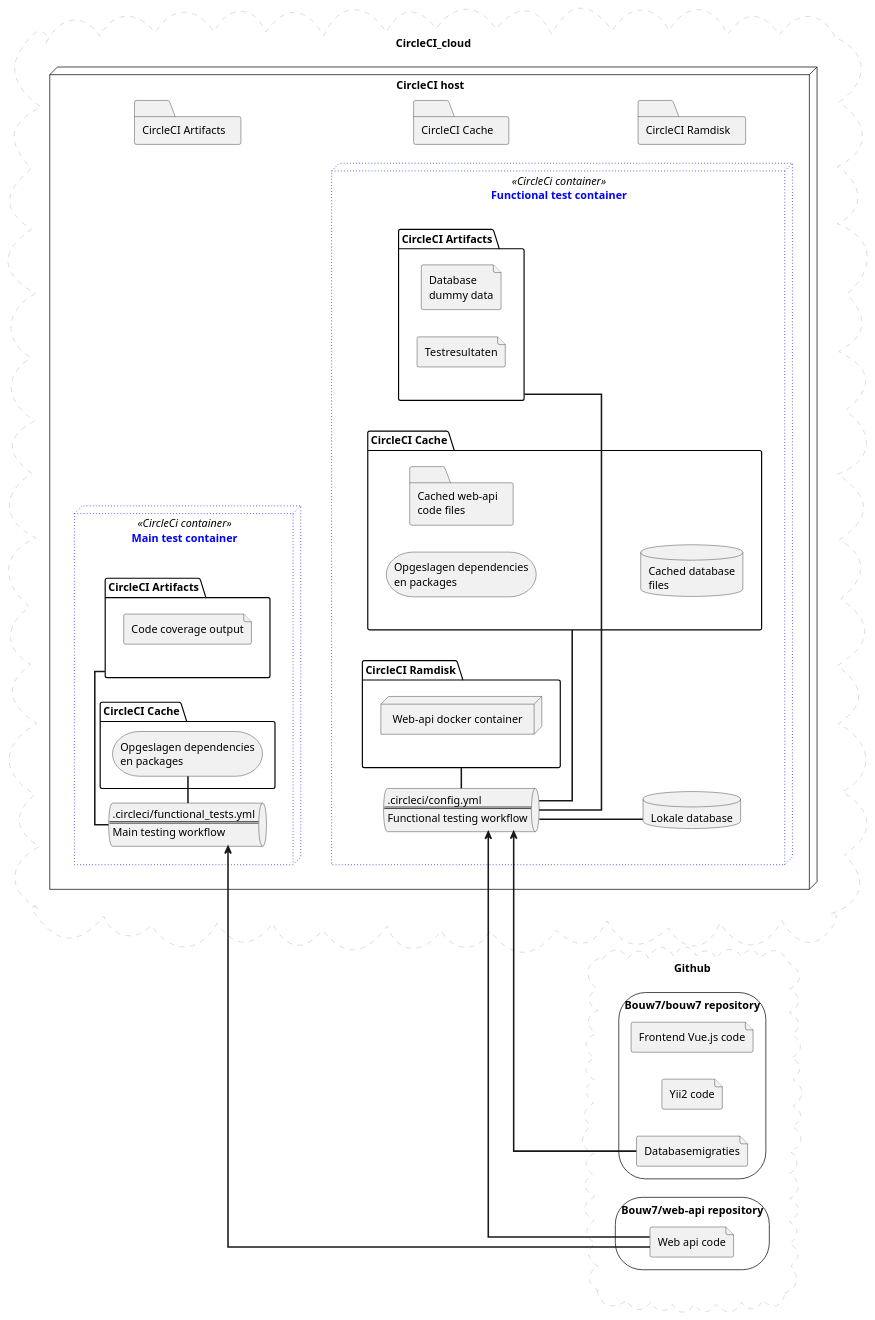
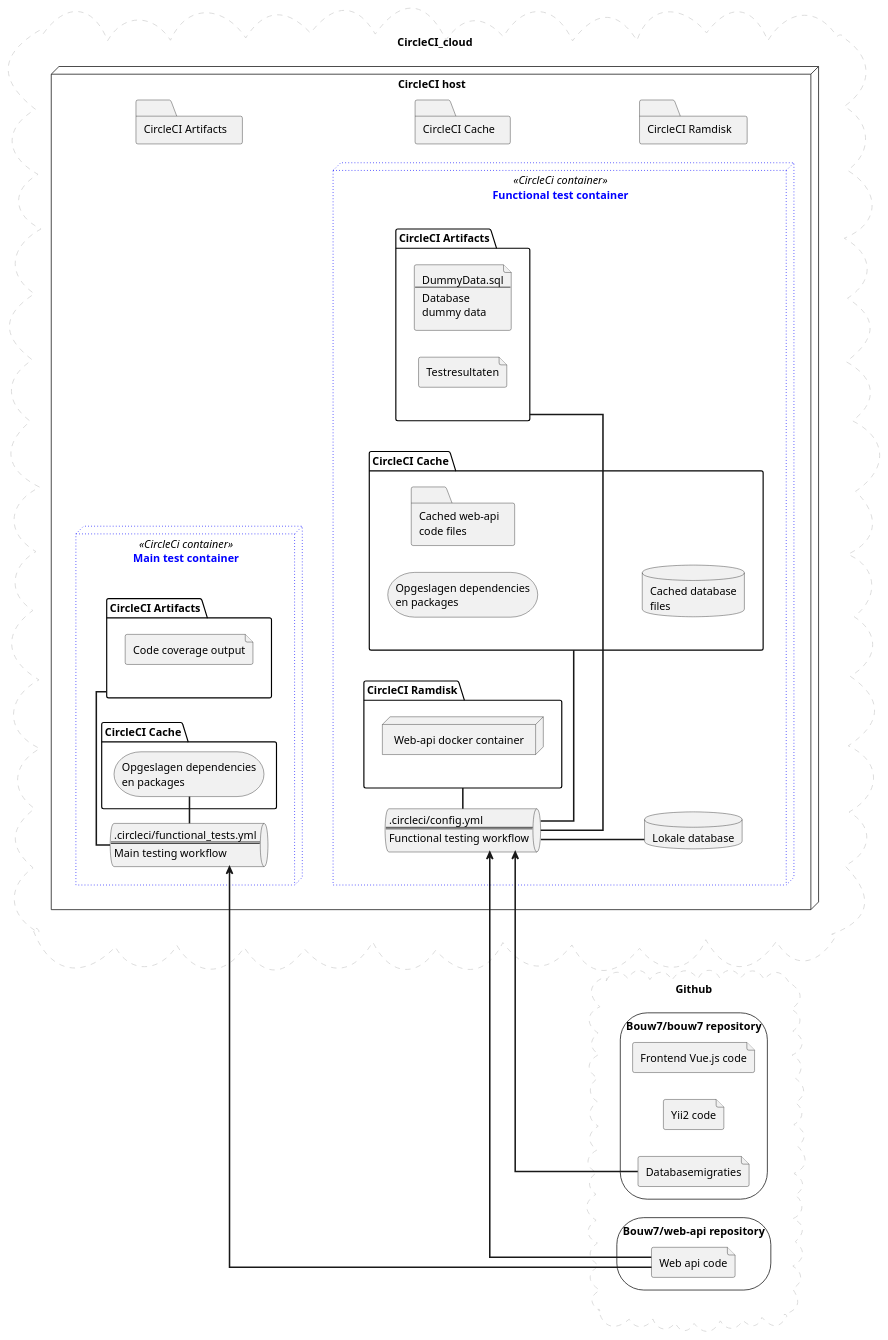
Before and after one commit to dannypas00/bouw7-uml: the diagram in Physical/CIDeployment.plantuml, drawn with PlantUML. The commit also changed 4 other files, not shown here.

```diff
--- a/Physical/CIDeployment.plantuml
+++ b/Physical/CIDeployment.plantuml
@@ -1,108 +1,110 @@
 @startuml CircleCI Deployment Diagram
 left to right direction
 skinparam linetype ortho
 
 cloud github as "Github" #line:LightGray;line.dashed {
     storage bouw7 as "Bouw7/bouw7 repository" {
         file frontend as "Frontend Vue.js code"
         file yii2 as "Yii2 code"
         file migrations as "Databasemigraties"
     }
 
     storage web_api as "Bouw7/web-api repository"{ 
         file api as "Web api code"
     }
 }
 
 github -[hidden] CircleCI_cloud
 
 cloud CircleCI_cloud as "CircleCI" #line:LightGray;line.dashed {
     node CircleCI as "CircleCI host" {
         node main as "Main test container" << CircleCi container >> #line:blue;line.dotted;text:blue {
             folder main_artifacts as "CircleCI Artifacts"{
                 file func_coverage as "Code coverage output"
             }
 
             folder main_cache as "CircleCI Cache"{
                 storage main_dependencies[
                     Opgeslagen dependencies
                     en packages
                 ]
             }
 
             queue main_workflow [
                 .circleci/functional_tests.yml
                 ====
                 Main testing workflow
             ]
 
             main_workflow = main_dependencies
             main_workflow = main_artifacts
             main_workflow <== api
         }
 
         node functional as "Functional test container" << CircleCi container >> #line:blue;line.dotted;text:blue  {
             folder func_artifacts as "CircleCI Artifacts"{
                 file func_dummy_data[
-                    Database 
+                    DummyData.sql
+                    ----
+                    Database
                     dummy data
                 ]
                 file func_results[
                     Testresultaten
                 ]
             }
 
             folder func_cache as "CircleCI Cache"{
                 storage func_dependencies[
                     Opgeslagen dependencies
                     en packages
                 ]
                 folder func_web_api_cache[
                     Cached web-api
                     code files
                 ]
                 database db_cache[
                     Cached database
                     files
                 ]
             }
 
             folder func_ramdisk as "CircleCI Ramdisk"{
                 node func_docker_web_api as "Web-api docker container"
             }
 
             database func_db as "Lokale database"
 
             queue func_workflow [
                 .circleci/config.yml
                 ====
                 Functional testing workflow
             ]
 
             func_workflow == func_db
             func_workflow = func_artifacts
             func_workflow = func_ramdisk
             func_workflow = func_cache
             func_workflow <== api
             func_workflow <== migrations
         }
 
         folder artifacts as "CircleCI Artifacts"{
             
         }
 
         folder cache as "CircleCI Cache"{
             
         }
 
         folder ramdisk as "CircleCI Ramdisk"{
 
         }
 
         artifacts --[hidden] cache
         cache --[hidden] ramdisk
     }
 }
 
 main --[hidden] functional
 @enduml
```
